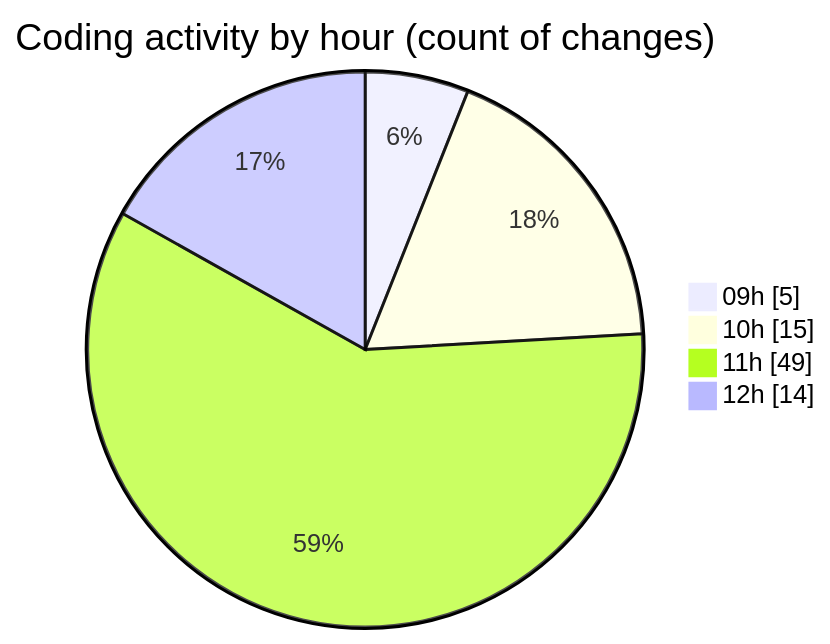
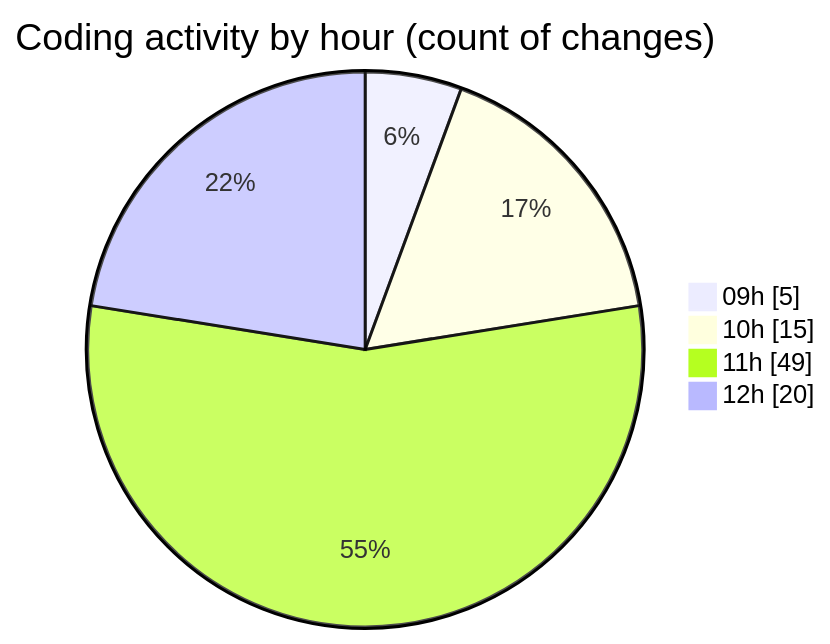
One commit to CELIANVF/code-tracking changed the second of 2 diagrams in 2025-06-13/ecodeli-1/README.md. Above: the diagram before and after it, drawn with Mermaid. The commit also changed other lines of this file and 1 other file, not shown here.

````diff
--- a/2025-06-13/ecodeli-1/README.md
+++ b/2025-06-13/ecodeli-1/README.md
@@ -47,8 +49,8 @@
 ```mermaid
 pie showData
 title Coding activity by hour (count of changes)
 "09h" : 5
 "10h" : 15
 "11h" : 49
-"12h" : 14
+"12h" : 20
 ```
````
